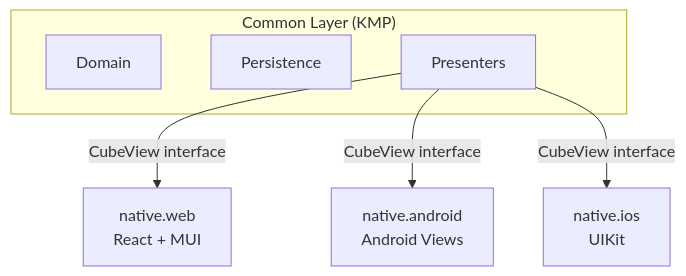
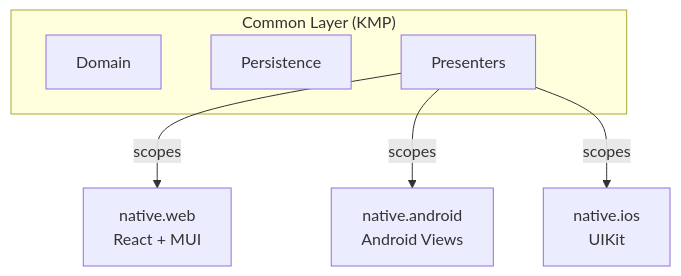
One commit to mrcdom/wdc-cube-kotlin changed the diagram in fontes/br.com.wdc.kt.store/br.com.wdc.kt.store.view.native/README.md. Above: the diagram before and after it, drawn with Mermaid. The commit also changed other lines of this file and 11 other files, not shown here.

Commit message:
docs: the cube knows only scopes; each technology releases its views

````diff
--- a/fontes/br.com.wdc.kt.store/br.com.wdc.kt.store.view.native/README.md
+++ b/fontes/br.com.wdc.kt.store/br.com.wdc.kt.store.view.native/README.md
@@ -23,12 +23,12 @@
 ```mermaid
 graph TD
     subgraph common["Common Layer (KMP)"]
         domain["Domain"]
         persistence["Persistence"]
         presenters["Presenters"]
     end
 
-    presenters -->|CubeView interface| web["native.web<br/>React + MUI"]
-    presenters -->|CubeView interface| android["native.android<br/>Android Views"]
-    presenters -->|CubeView interface| ios["native.ios<br/>UIKit"]
+    presenters -->|scopes| web["native.web<br/>React + MUI"]
+    presenters -->|scopes| android["native.android<br/>Android Views"]
+    presenters -->|scopes| ios["native.ios<br/>UIKit"]
 ```
````
